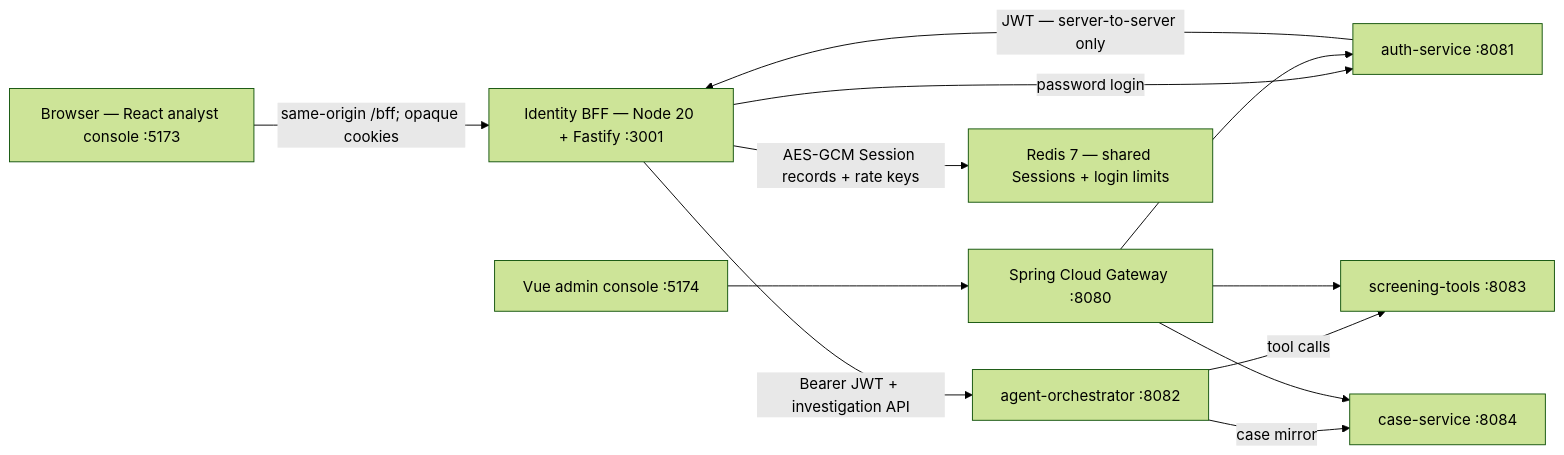
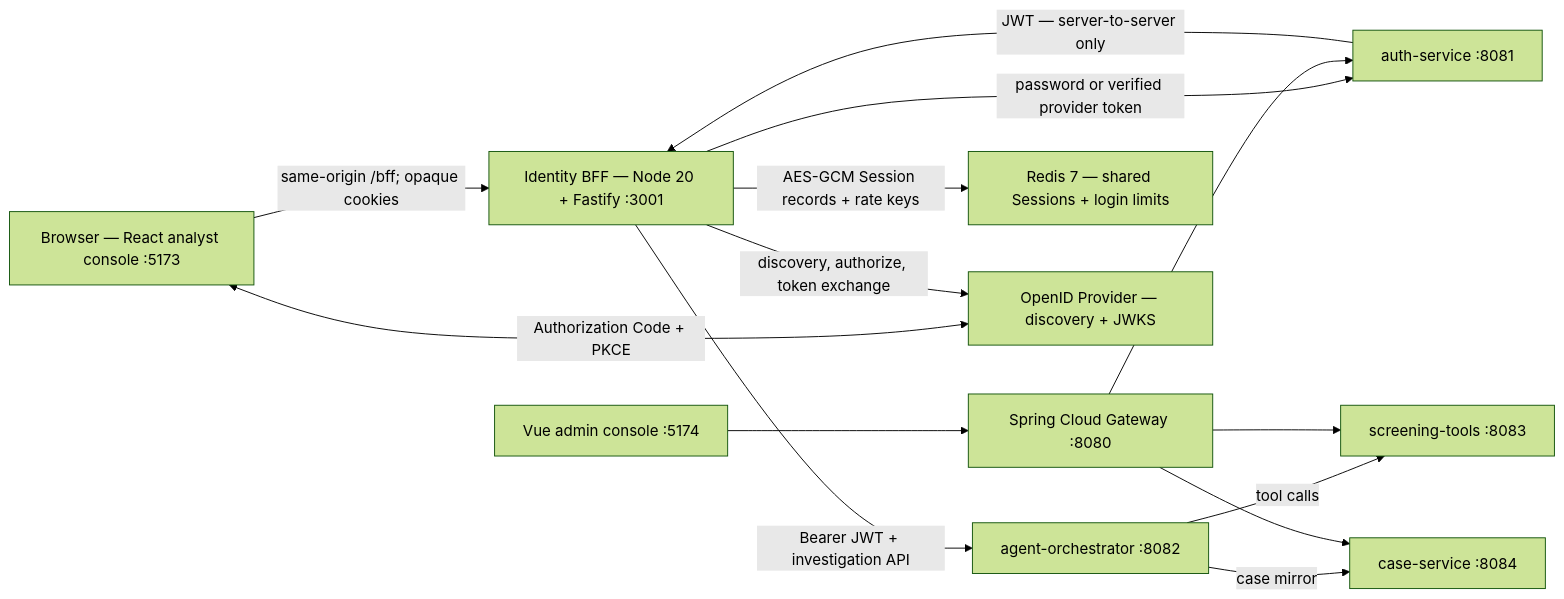
The first of 4 diagrams in docs/architecture.md (Redchar1992/Argus), drawn with Mermaid (forest theme) before and after one commit. The commit also changed other lines of this file and 29 other files, not shown here.

First line of the commit message:
feat(auth): add OIDC Authorization Code flow

````diff
--- a/docs/architecture.md
+++ b/docs/architecture.md
@@ -8,24 +8,27 @@
 ```mermaid
 flowchart LR
     Browser["Browser — React analyst console :5173"]
     BFF["Identity BFF — Node 20 + Fastify :3001"]
     Auth["auth-service :8081"]
     Agent["agent-orchestrator :8082"]
     Tools["screening-tools :8083"]
     Cases["case-service :8084"]
     Admin["Vue admin console :5174"]
     Gateway["Spring Cloud Gateway :8080"]
     Redis["Redis 7 — shared Sessions + login limits"]
+    IdP["OpenID Provider — discovery + JWKS"]
 
     Browser -->|"same-origin /bff; opaque cookies"| BFF
-    BFF -->|"password login"| Auth
+    BFF -->|"password or verified provider token"| Auth
+    Browser <-->|"Authorization Code + PKCE"| IdP
+    BFF -->|"discovery, authorize, token exchange"| IdP
     Auth -->|"JWT — server-to-server only"| BFF
     BFF -->|"Bearer JWT + investigation API"| Agent
     BFF -->|"AES-GCM Session records + rate keys"| Redis
     Agent -->|"tool calls"| Tools
     Agent -->|"case mirror"| Cases
     Admin --> Gateway
     Gateway --> Auth
     Gateway --> Tools
     Gateway --> Cases
 ```
````
